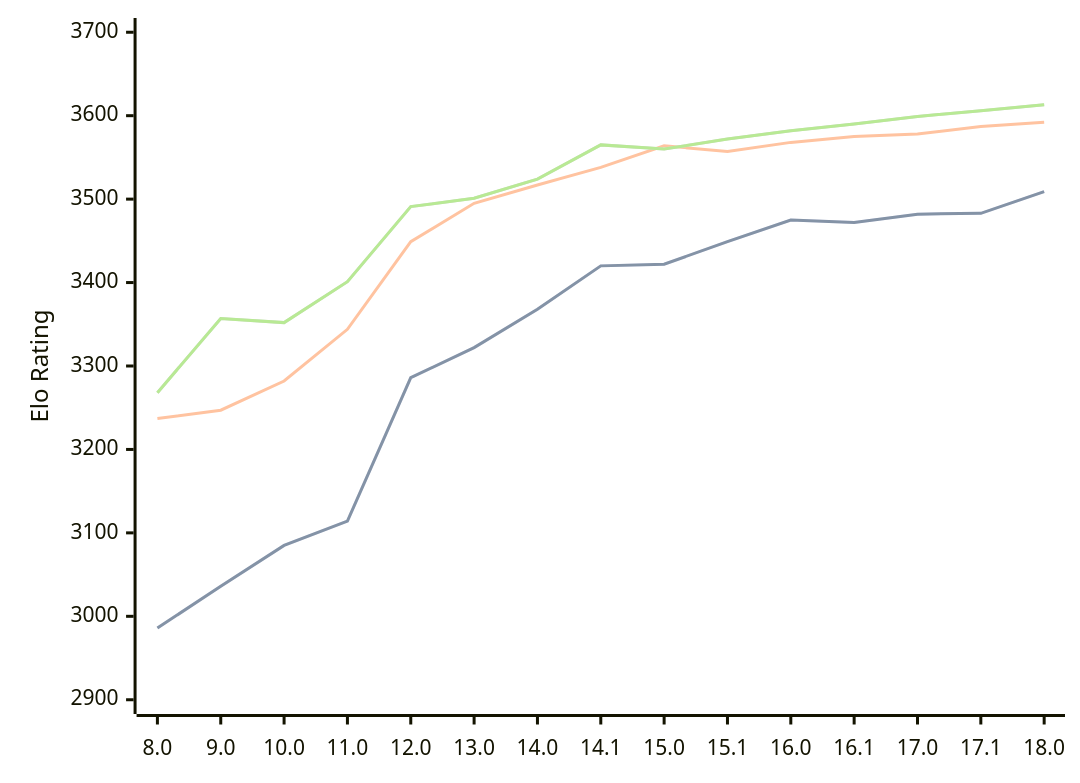
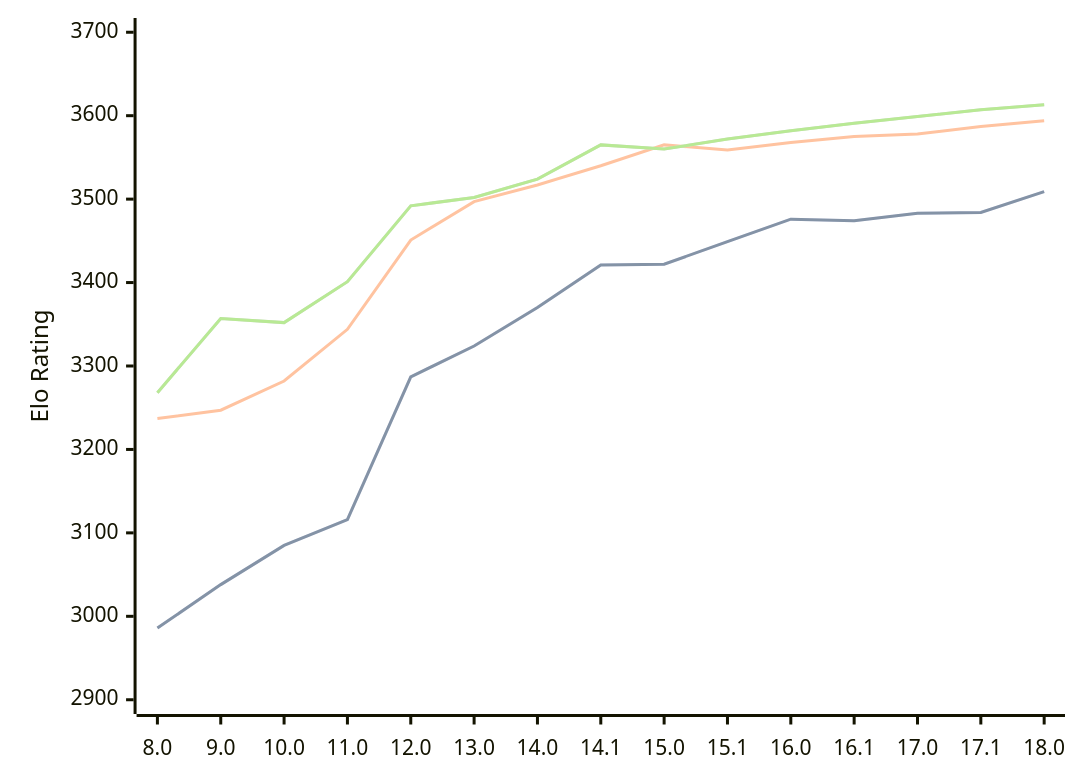
Before and after one commit to computer-chess-index/cci: the diagram in engines/Stockfish.md, drawn with Mermaid. The commit also changed other lines of this file, not shown here.

Commit message:
Update CCI Ratings (ELO VLTC) - 2026-08-29

````diff
--- a/engines/Stockfish.md
+++ b/engines/Stockfish.md
@@ -45,11 +45,11 @@
 ```mermaid
 %%{init: {"theme":"base","themeVariables":{"seriesColors:['#a3a3a3','#222221','#faa371']}}}%%
 xychart-beta
   x-axis ["8.0", "9.0", "10.0", "11.0", "12.0", "13.0", "14.0", "14.1", "15.0", "15.1", "16.0", "16.1", "17.0", "17.1", "18.0"]
   y-axis "Elo Rating" 2900 --> 3700
-  line "" [2986, 3036, 3085, 3114, 3286, 3322, 3368, 3420, 3422, 3449, 3475, 3472, 3482, 3483, 3509]
-  line "STC (8.0+0.08s)" [2986, 3036, 3085, 3114, 3286, 3322, 3368, 3420, 3422, 3449, 3475, 3472, 3482, 3483, 3509]
-  line "LTC (60.0+0.60s)" [3237, 3247, 3282, 3344, 3449, 3495, 3517, 3538, 3564, 3557, 3568, 3575, 3578, 3587, 3592]
-  line "" [3268, 3357, 3352, 3401, 3491, 3501, 3524, 3565, 3560, 3572, 3582, 3590, 3599, 3606, 3613]
-  line "VLTC (2m24s+1.12s)" [3268, 3357, 3352, 3401, 3491, 3501, 3524, 3565, 3560, 3572, 3582, 3590, 3599, 3606, 3613]
+  line "" [2986, 3038, 3085, 3116, 3287, 3324, 3370, 3421, 3422, 3449, 3476, 3474, 3483, 3484, 3509]
+  line "STC (8.0+0.08s)" [2986, 3038, 3085, 3116, 3287, 3324, 3370, 3421, 3422, 3449, 3476, 3474, 3483, 3484, 3509]
+  line "LTC (60.0+0.60s)" [3237, 3247, 3282, 3344, 3451, 3497, 3517, 3540, 3565, 3559, 3568, 3575, 3578, 3587, 3594]
+  line "" [3268, 3357, 3352, 3401, 3492, 3502, 3524, 3565, 3560, 3572, 3582, 3591, 3599, 3607, 3613]
+  line "VLTC (2m24s+1.12s)" [3268, 3357, 3352, 3401, 3492, 3502, 3524, 3565, 3560, 3572, 3582, 3591, 3599, 3607, 3613]
 ```
````
